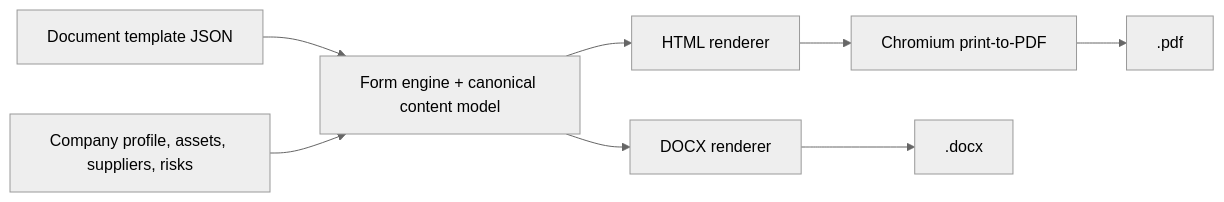
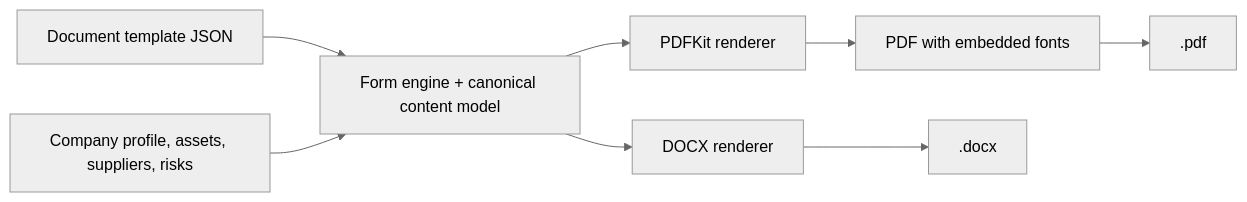
The third of 3 diagrams in docs/architecture.md (MehedAlexandru/nis2-builder), drawn with Mermaid (neutral theme) before and after one commit. The commit also changed other lines of this file and 30 other files, not shown here.

````diff
--- a/docs/architecture.md
+++ b/docs/architecture.md
@@ -153,10 +153,10 @@
 ```mermaid
 flowchart LR
   T[Document template JSON] --> E[Form engine + canonical content model]
   P[Company profile, assets, suppliers, risks] --> E
   E --> D[DOCX renderer]
-  E --> H[HTML renderer]
-  H --> C[Chromium print-to-PDF]
+  E --> H[PDFKit renderer]
+  H --> C[PDF with embedded fonts]
   D --> X[.docx]
   C --> Y[.pdf]
 ```
````
